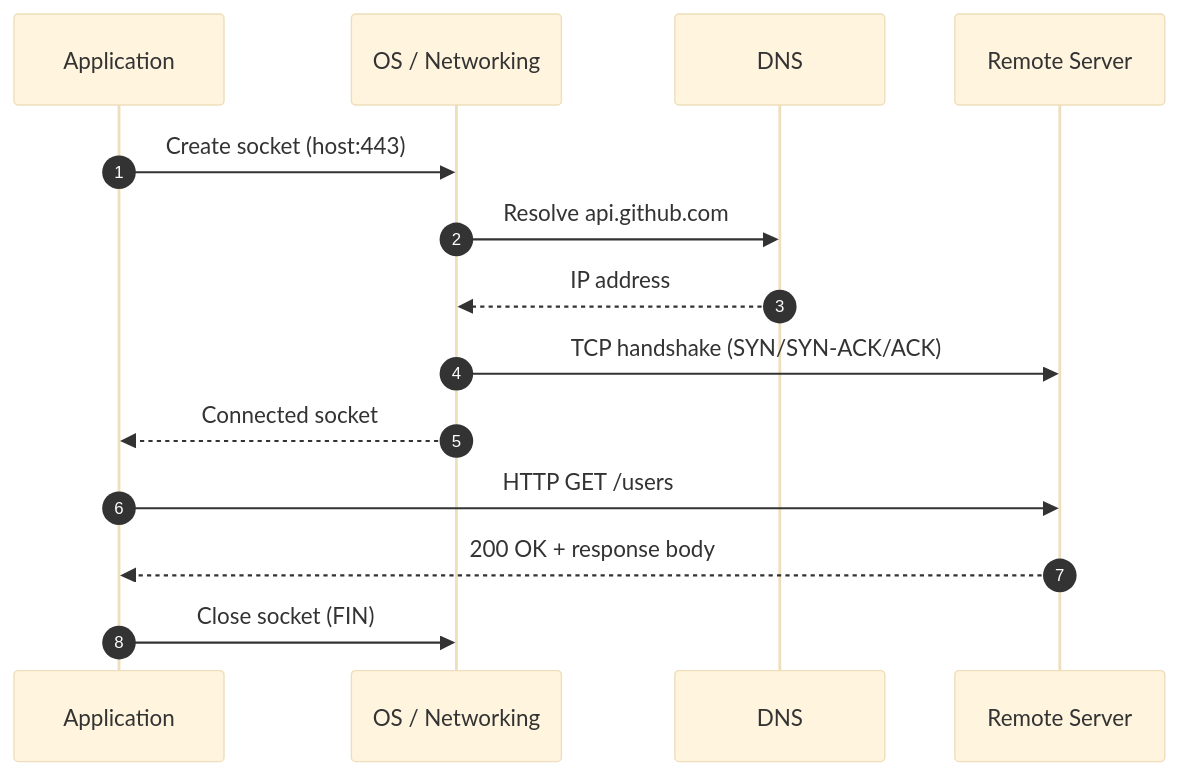
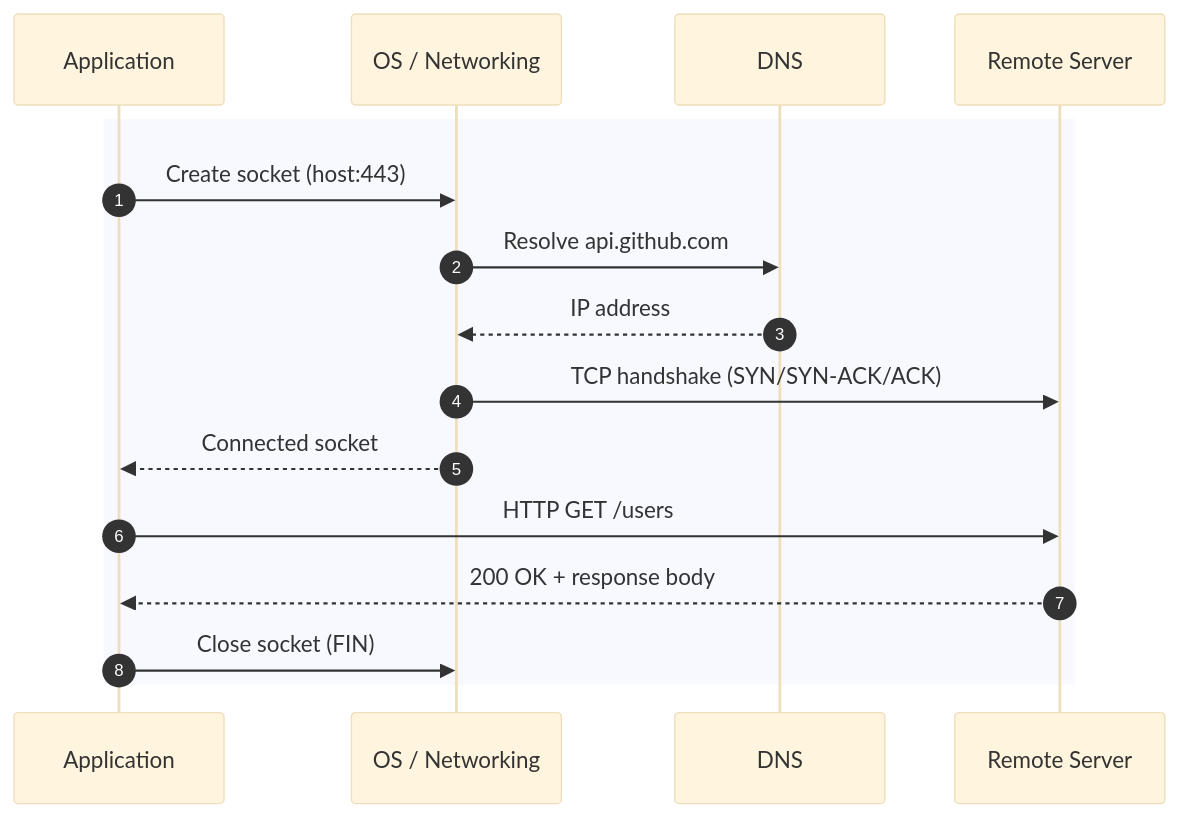
The fourth of 5 diagrams in sockets.md (hananather/system-design), drawn with Mermaid before and after one commit. The commit also changed other lines of this file, not shown here.

Commit message:
Apply white canvas to all diagrams (subgraph/rect). Improve color semantics: TCP green (reliable), UDP amber (best-effort), WebSocket indigo; endpoint mapping accent/neutral; same-host IPC teal. Keep spacing and <br/>.

````diff
--- a/sockets.md
+++ b/sockets.md
@@ -96,24 +104,26 @@
 ```mermaid
 %%{init: {
   'theme': 'base',
   'themeVariables': {
     'background': '#ffffff',
     'fontFamily': 'Inter, ui-sans-serif, system-ui'
   }
 }}%%
 sequenceDiagram
   autonumber
-  participant App as Application
-  participant OS as OS / Networking
-  participant DNS as DNS
-  participant Srv as Remote Server
+  rect #ffffff
+    participant App as Application
+    participant OS as OS / Networking
+    participant DNS as DNS
+    participant Srv as Remote Server
 
-  App->>OS: Create socket (host:443)
-  OS->>DNS: Resolve api.github.com
-  DNS-->>OS: IP address
-  OS->>Srv: TCP handshake (SYN/SYN-ACK/ACK)
-  OS-->>App: Connected socket
-  App->>Srv: HTTP GET /users
-  Srv-->>App: 200 OK + response body
-  App->>OS: Close socket (FIN)
+    App->>OS: Create socket (host:443)
+    OS->>DNS: Resolve api.github.com
+    DNS-->>OS: IP address
+    OS->>Srv: TCP handshake (SYN/SYN-ACK/ACK)
+    OS-->>App: Connected socket
+    App->>Srv: HTTP GET /users
+    Srv-->>App: 200 OK + response body
+    App->>OS: Close socket (FIN)
+  end
 ```
````
